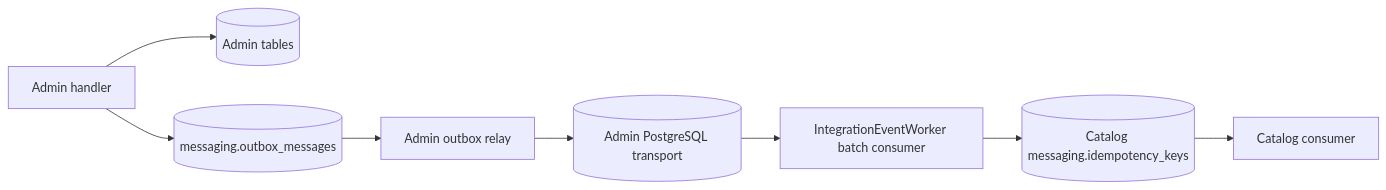
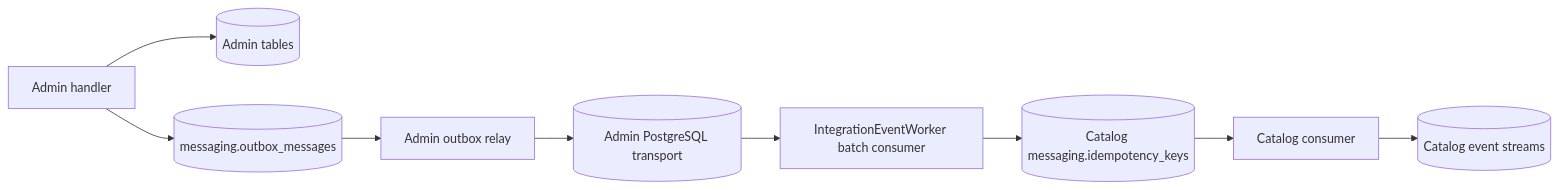
Before and after one commit to danigutsch/ViajantesTurismo: the third of 11 diagrams in docs/architecture/FLOWS.md, drawn with Mermaid. The commit also changed other lines of this file and 44 other files, not shown here.

````diff
--- a/docs/architecture/FLOWS.md
+++ b/docs/architecture/FLOWS.md
@@ -67,19 +104,21 @@
 ```mermaid
 flowchart LR
     adminHandler[Admin handler]
     adminDb[(Admin tables)]
     outbox[(messaging.outbox_messages)]
     relay[Admin outbox relay]
     transport[(Admin PostgreSQL transport)]
     worker[IntegrationEventWorker batch consumer]
     inbox[(Catalog messaging.idempotency_keys)]
     catalogConsumer[Catalog consumer]
+    catalogEvents[(Catalog event streams)]
 
     adminHandler --> adminDb
     adminHandler --> outbox
     outbox --> relay
     relay --> transport
     transport --> worker
     worker --> inbox
     inbox --> catalogConsumer
+    catalogConsumer --> catalogEvents
 ```
````
